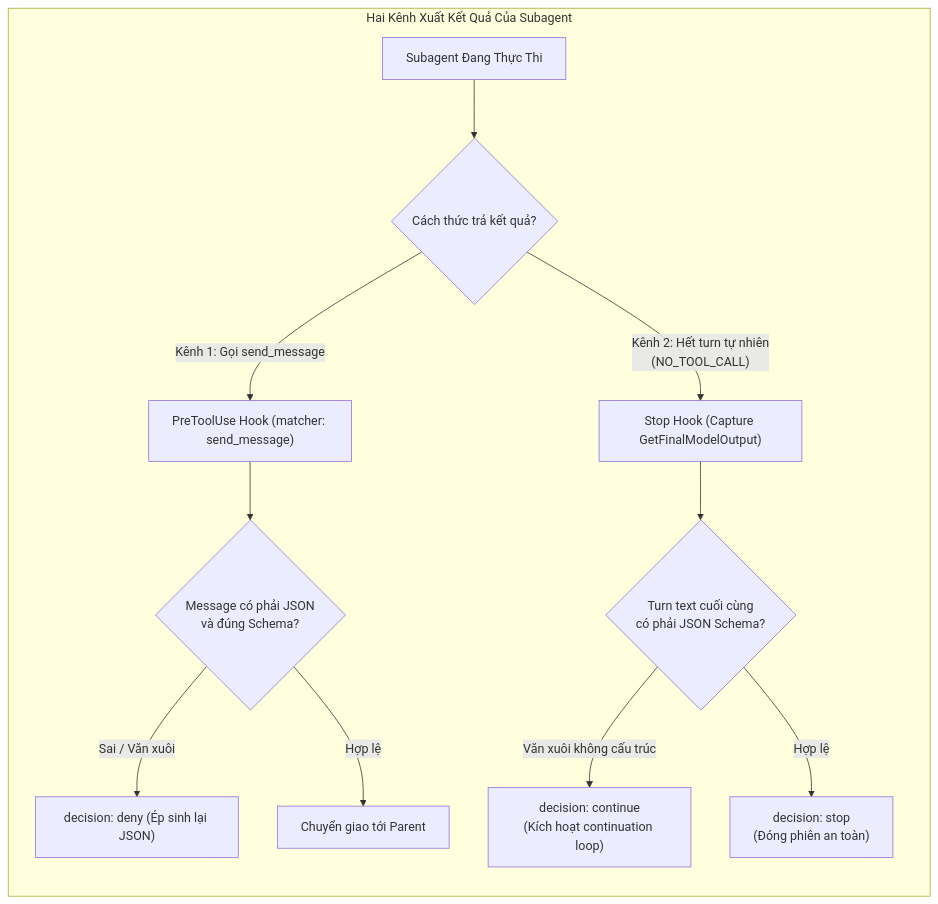
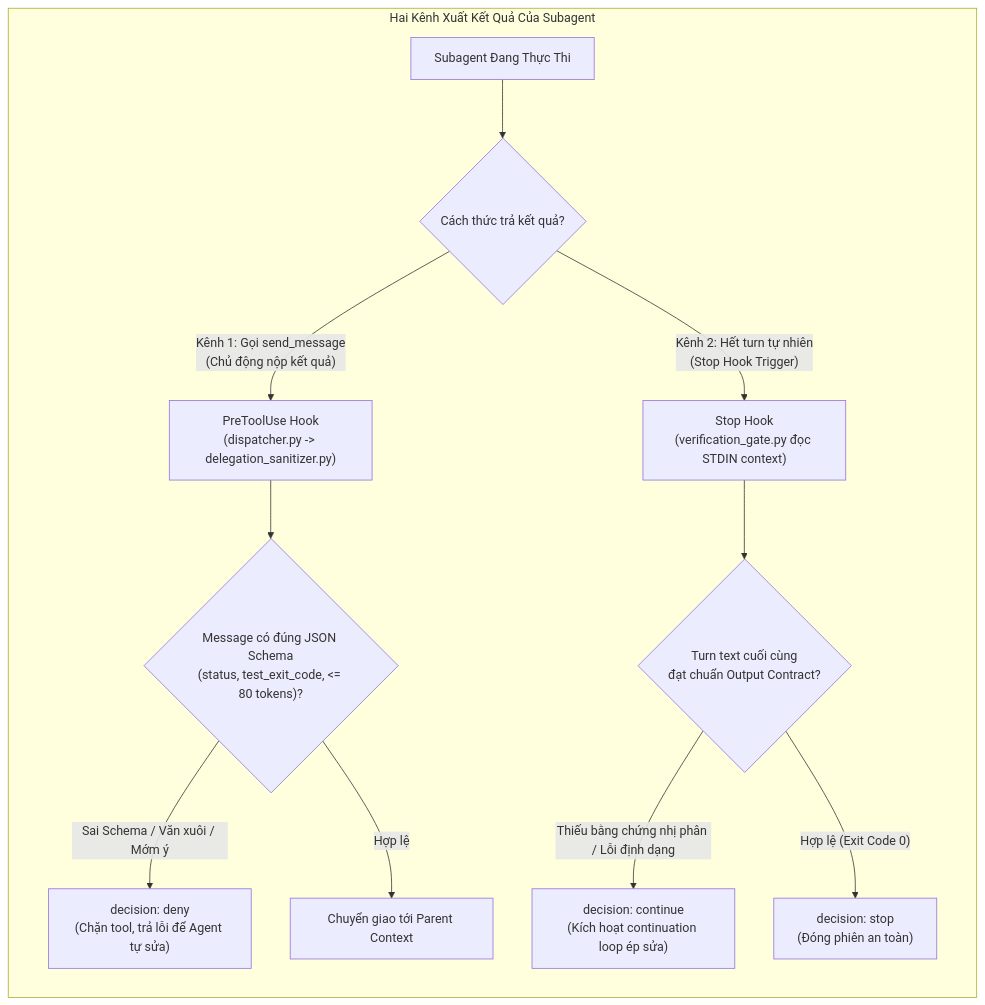
Before and after one commit to vuthuonghai-steve/auto-rep-zalo: the first of 3 diagrams in Docs/AGENTS_ANALYSTS/harness-architecture-evaluation/04-structured-output-and-rule-to-script-matrix.md, drawn with Mermaid. The commit also changed other lines of this file, not shown here.

````diff
--- a/Docs/AGENTS_ANALYSTS/harness-architecture-evaluation/04-structured-output-and-rule-to-script-matrix.md
+++ b/Docs/AGENTS_ANALYSTS/harness-architecture-evaluation/04-structured-output-and-rule-to-script-matrix.md
@@ -32,17 +40,17 @@
 ```mermaid
 flowchart TD
     subgraph SubagentLifecycle["Hai Kênh Xuất Kết Quả Của Subagent"]
         direction TB
         Sub["Subagent Đang Thực Thi"] --> Branch{"Cách thức trả kết quả?"}
         
-        Branch -- "Kênh 1: Gọi send_message" --> K1["PreToolUse Hook (matcher: send_message)"]
-        K1 --> Validate1{"Message có phải JSON\nvà đúng Schema?"}
-        Validate1 -- "Sai / Văn xuôi" --> Deny1["decision: deny (Ép sinh lại JSON)"]
-        Validate1 -- "Hợp lệ" --> Pass1["Chuyển giao tới Parent"]
+        Branch -- "Kênh 1: Gọi send_message\n(Chủ động nộp kết quả)" --> K1["PreToolUse Hook\n(dispatcher.py -> delegation_sanitizer.py)"]
+        K1 --> Validate1{"Message có đúng JSON Schema\n(status, test_exit_code, <= 80 tokens)?"}
+        Validate1 -- "Sai Schema / Văn xuôi / Mớm ý" --> Deny1["decision: deny\n(Chặn tool, trả lỗi để Agent tự sửa)"]
+        Validate1 -- "Hợp lệ" --> Pass1["Chuyển giao tới Parent Context"]
         
-        Branch -- "Kênh 2: Hết turn tự nhiên\n(NO_TOOL_CALL)" --> K2["Stop Hook (Capture GetFinalModelOutput)"]
-        K2 --> Validate2{"Turn text cuối cùng\ncó phải JSON Schema?"}
-        Validate2 -- "Văn xuôi không cấu trúc" --> Deny2["decision: continue\n(Kích hoạt continuation loop)"]
-        Validate2 -- "Hợp lệ" --> Pass2["decision: stop\n(Đóng phiên an toàn)"]
+        Branch -- "Kênh 2: Hết turn tự nhiên\n(Stop Hook Trigger)" --> K2["Stop Hook\n(verification_gate.py đọc STDIN context)"]
+        K2 --> Validate2{"Turn text cuối cùng\nđạt chuẩn Output Contract?"}
+        Validate2 -- "Thiếu bằng chứng nhị phân / Lỗi định dạng" --> Deny2["decision: continue\n(Kích hoạt continuation loop ép sửa)"]
+        Validate2 -- "Hợp lệ (Exit Code 0)" --> Pass2["decision: stop\n(Đóng phiên an toàn)"]
     end
 ```
````
